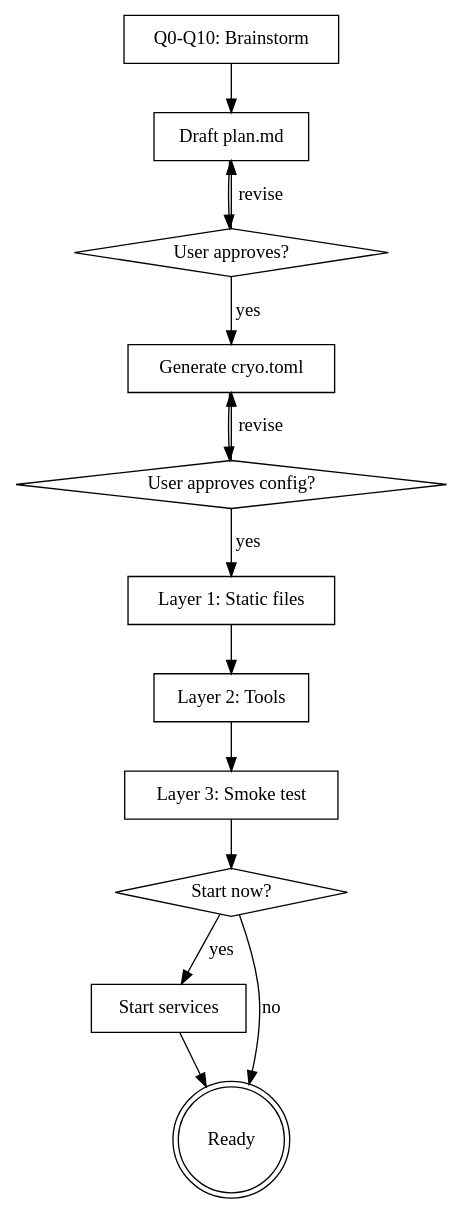
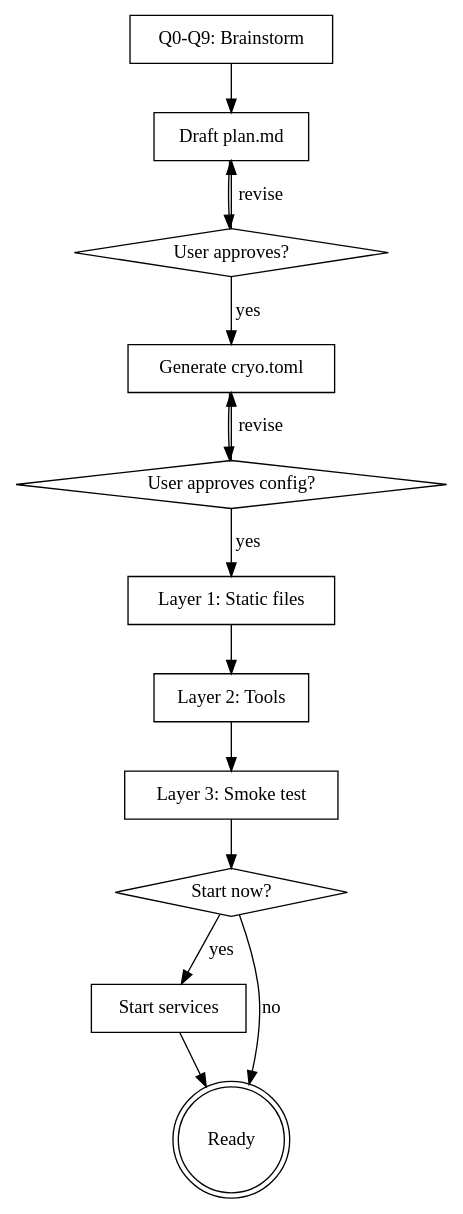
Before and after one commit to GiggleLiu/cryochamber: the diagram in .claude/skills/make-plan/SKILL.md, drawn with Graphviz. The commit also changed other lines of this file, not shown here.

First line of the commit message:
docs(make-plan): align skill with current cryochamber surface

````diff
--- a/.claude/skills/make-plan/SKILL.md
+++ b/.claude/skills/make-plan/SKILL.md
@@ -207,29 +202,29 @@
 ```dot
 digraph cryo_create {
-    "Q0-Q10: Brainstorm" [shape=box];
+    "Q0-Q9: Brainstorm" [shape=box];
     "Draft plan.md" [shape=box];
     "User approves?" [shape=diamond];
     "Generate cryo.toml" [shape=box];
     "User approves config?" [shape=diamond];
     "Layer 1: Static files" [shape=box];
     "Layer 2: Tools" [shape=box];
     "Layer 3: Smoke test" [shape=box];
     "Start now?" [shape=diamond];
     "Start services" [shape=box];
     "Ready" [shape=doublecircle];
 
-    "Q0-Q10: Brainstorm" -> "Draft plan.md";
+    "Q0-Q9: Brainstorm" -> "Draft plan.md";
     "Draft plan.md" -> "User approves?";
     "User approves?" -> "Draft plan.md" [label="revise"];
     "User approves?" -> "Generate cryo.toml" [label="yes"];
     "Generate cryo.toml" -> "User approves config?";
     "User approves config?" -> "Generate cryo.toml" [label="revise"];
     "User approves config?" -> "Layer 1: Static files" [label="yes"];
     "Layer 1: Static files" -> "Layer 2: Tools";
     "Layer 2: Tools" -> "Layer 3: Smoke test";
     "Layer 3: Smoke test" -> "Start now?";
     "Start now?" -> "Start services" [label="yes"];
     "Start now?" -> "Ready" [label="no"];
     "Start services" -> "Ready";
 }
 ```
````
